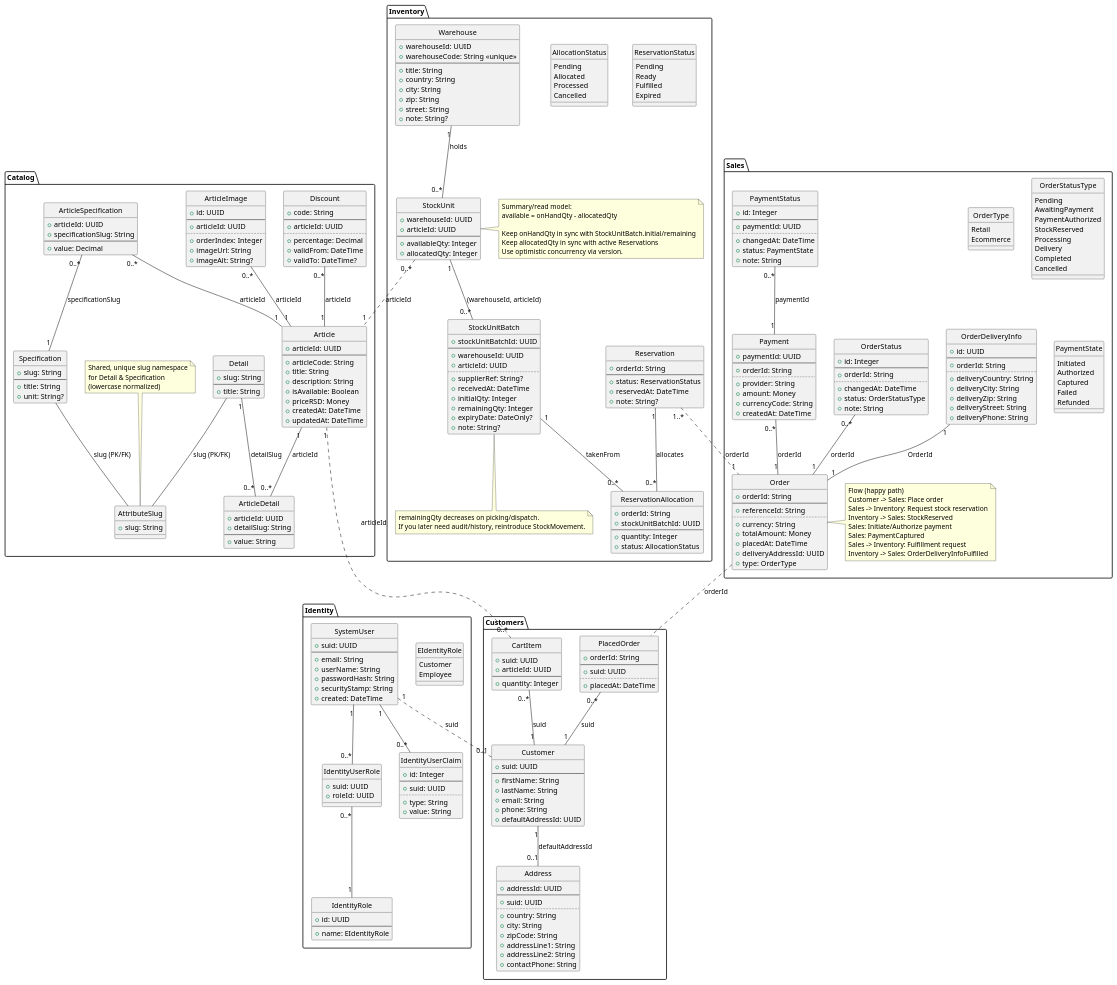
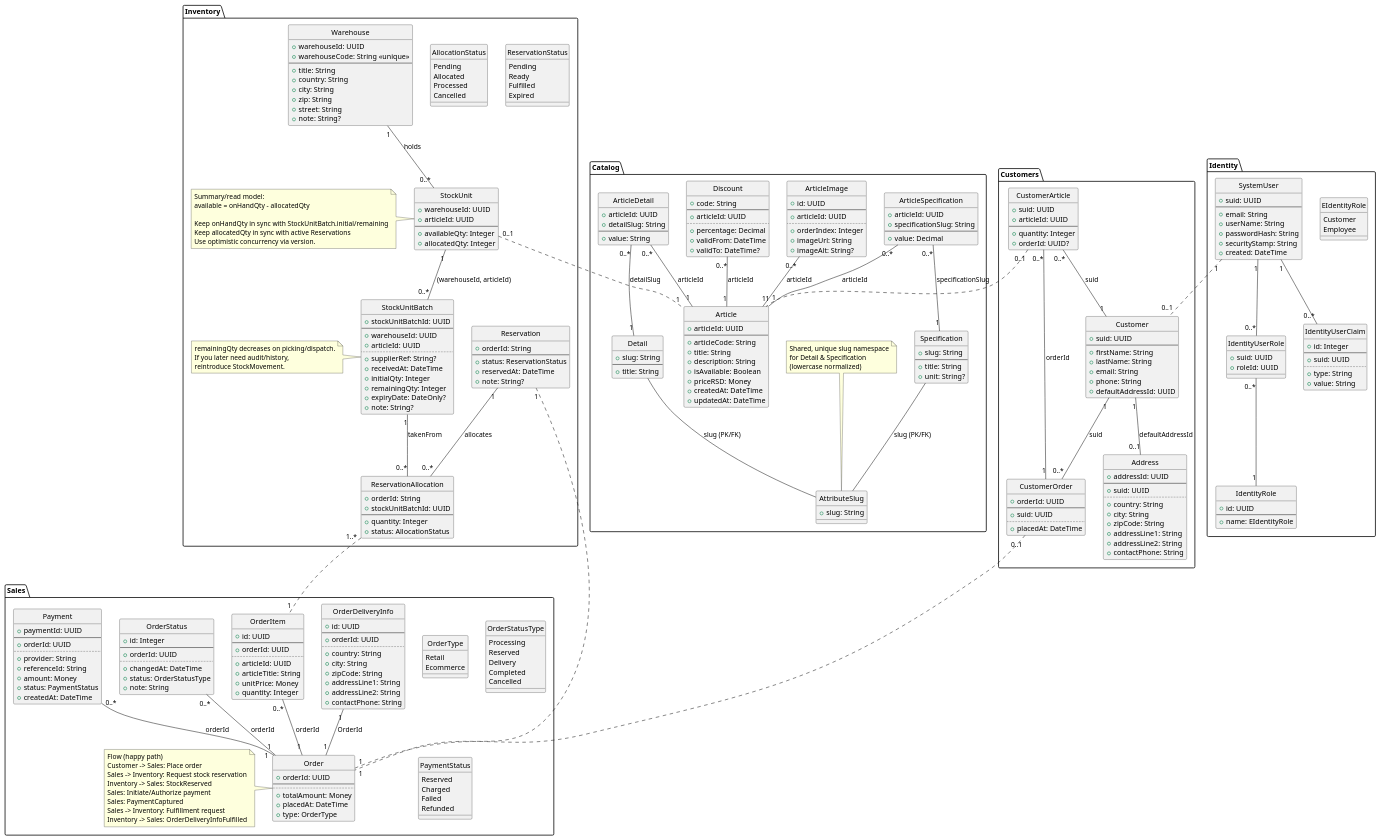
Before and after one commit to draganovik/matterway: the diagram in docs/Matterway HLD: Class Diagram - Platform Overview.puml, drawn with PlantUML. The commit also changed 190 other files, not shown here.

```diff
--- a/docs/Matterway HLD: Class Diagram - Platform Overview.puml
+++ b/docs/Matterway HLD: Class Diagram - Platform Overview.puml
@@ -118,8 +118,8 @@
   }
 
   Discount "0..*" -- "1" Article : articleId
-  ArticleDetail "0..*" -up- "1" Article : articleId
-  ArticleDetail "0..*" -up- "1" Detail : detailSlug
+  ArticleDetail "0..*" -- "1" Article : articleId
+  ArticleDetail "0..*" -- "1" Detail : detailSlug
   ArticleSpecification "0..*" -- "1" Article : articleId
   ArticleSpecification "0..*" -- "1" Specification : specificationSlug
   ArticleImage "0..*" -- "1" Article : articleId
@@ -151,24 +151,26 @@
     +defaultAddressId: UUID
   }
 
-  class CartItem {
+  class CustomerArticle {
     +suid: UUID
     +articleId: UUID
     --
     +quantity: Integer
+    +orderId: UUID?
   }
 
-  class PlacedOrder {
-    +orderId: String
+  class CustomerOrder {
+    +orderId: UUID
     --
     +suid: UUID
     ..
     +placedAt: DateTime
   }
 
-  PlacedOrder "0..*" -- "1" Customer : suid
+  CustomerOrder "0..*" -up- "1" Customer : suid
   Customer "1" -- "0..1" Address : defaultAddressId
-  CartItem "0..*" -- "1" Customer : suid
+  CustomerArticle "0..*" -- "1" Customer : suid
+  CustomerArticle "0..*" -right- "1" CustomerOrder : orderId
 }
 
 package "Sales" {
@@ -176,27 +178,36 @@
   class OrderDeliveryInfo {
     +id: UUID
     --
-    +orderId: String
+    +orderId: UUID
     ..
-    +deliveryCountry: String
-    +deliveryCity: String
-    +deliveryZip: String
-    +deliveryStreet: String
-    +deliveryPhone: String
+    +country: String
+    +city: String
+    +zipCode: String
+    +addressLine1: String
+    +addressLine2: String
+    +contactPhone: String
   }
   class Order {
-    +orderId: String
+    +orderId: UUID
     --
-    +referenceId: String
     ..
-    +currency: String
     +totalAmount: Money
     +placedAt: DateTime
-    +deliveryAddressId: UUID
     +type: OrderType
   }
 
-  note right of Order
+  class OrderItem {
+    +id: UUID
+    --
+    +orderId: UUID
+    ..
+    +articleId: UUID
+    +articleTitle: String
+    +unitPrice: Money
+    +quantity: Integer
+  }
+
+  note left of Order
     Flow (happy path)
     Customer -> Sales: Place order
     Sales -> Inventory: Request stock reservation
@@ -213,11 +224,8 @@
   }
 
   enum OrderStatusType {
-    Pending
-    AwaitingPayment
-    PaymentAuthorized
-    StockReserved
     Processing
+    Reserved
     Delivery
     Completed
     Cancelled
@@ -226,7 +234,7 @@
   class OrderStatus {
     +id: Integer
     --
-    +orderId: String
+    +orderId: UUID
     ..
     +changedAt: DateTime
     +status: OrderStatusType
@@ -236,36 +244,26 @@
   class Payment {
     +paymentId: UUID
     --
-    +orderId: String
+    +orderId: UUID
     ..
     +provider: String
+    +referenceId: String
     +amount: Money
-    +currencyCode: String
+    +status: PaymentStatus
     +createdAt: DateTime
   }
 
-  class PaymentStatus {
-    +id: Integer
-    --
-    +paymentId: UUID
-    ..
-    +changedAt: DateTime
-    +status: PaymentState
-    +note: String
-  }
-
-  enum PaymentState {
-    Initiated
-    Authorized
-    Captured
+  enum PaymentStatus {
+    Reserved
+    Charged
     Failed
     Refunded
   }
 
+  OrderItem "0..*" -- "1" Order : orderId
   OrderStatus "0..*" -- "1" Order : orderId
   OrderDeliveryInfo "1" -- "1" Order : OrderId
   Payment "0..*" -- "1" Order : orderId
-  PaymentStatus "0..*" -- "1" Payment : paymentId
 }
 
 package "Inventory" {
@@ -306,7 +304,7 @@
     +allocatedQty: Integer
   }
 
-  note right of StockUnit
+  note left of StockUnit
     Summary/read model:
     available = onHandQty - allocatedQty
 
@@ -330,9 +328,10 @@
     +note: String?
   }
 
-  note bottom of StockUnitBatch
+  note left of StockUnitBatch
     remainingQty decreases on picking/dispatch.
-    If you later need audit/history, reintroduce StockMovement.
+    If you later need audit/history,
+    reintroduce StockMovement.
   end note
 
   ' Business promise: reserve quantity for an order line
@@ -368,13 +367,14 @@
 ' =======================
 
 ' Identity
-SystemUser "1" .. "0..1" Customer : suid
+SystemUser "1" .. "0..1" Customer
 
 ' Customers
-CartItem "0..*" .up. "1" Article : articleId
-PlacedOrder .up. Order : orderId
+CustomerArticle "0..1" .. "1" Article
+CustomerOrder "0..1" .. "1" Order
 
 ' Inventory
-StockUnit "0..*" .. "1" Article : articleId
-Reservation "1..*" .. "1" Order : orderId
+StockUnit "0..1" .. "1" Article
+Reservation "1" .. "1" Order
+ReservationAllocation "1..*" .. "1" OrderItem
 @enduml
```
